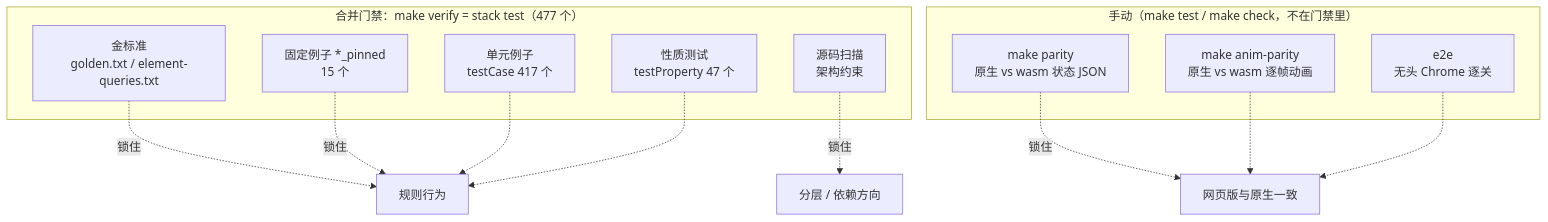
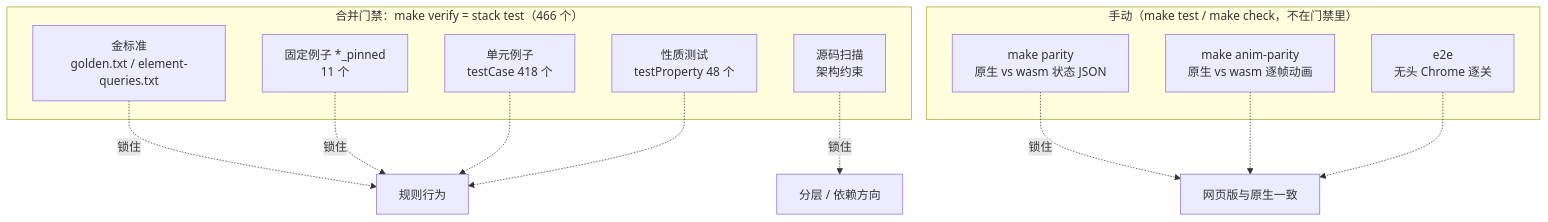
The diagram in docs/guide/07-测试体系.md (exsabersac/match3), drawn with Mermaid before and after one commit. The commit also changed other lines of this file and 16 other files, not shown here.

````diff
--- a/docs/guide/07-测试体系.md
+++ b/docs/guide/07-测试体系.md
@@ -8,23 +8,23 @@
 ```mermaid
 flowchart TB
-  subgraph gate["合并门禁：make verify = stack test（477 个）"]
-    U["单元例子<br/>testCase 417 个"]
-    P["性质测试<br/>testProperty 47 个"]
+  subgraph gate["合并门禁：make verify = stack test（466 个）"]
+    U["单元例子<br/>testCase 418 个"]
+    P["性质测试<br/>testProperty 48 个"]
     G["金标准<br/>golden.txt / element-queries.txt"]
-    PN["固定例子 *_pinned<br/>15 个"]
+    PN["固定例子 *_pinned<br/>11 个"]
     S["源码扫描<br/>架构约束"]
   end
   subgraph manual["手动（make test / make check，不在门禁里）"]
     PA["make parity<br/>原生 vs wasm 状态 JSON"]
     AP["make anim-parity<br/>原生 vs wasm 逐帧动画"]
     E2E["e2e<br/>无头 Chrome 逐关"]
   end
   G -.锁住.-> R["规则行为"]
   PN -.锁住.-> R
   U -.-> R
   P -.-> R
   S -.锁住.-> A["分层 / 依赖方向"]
   PA -.锁住.-> W["网页版与原生一致"]
   AP -.-> W
   E2E -.-> W
 ```
````
